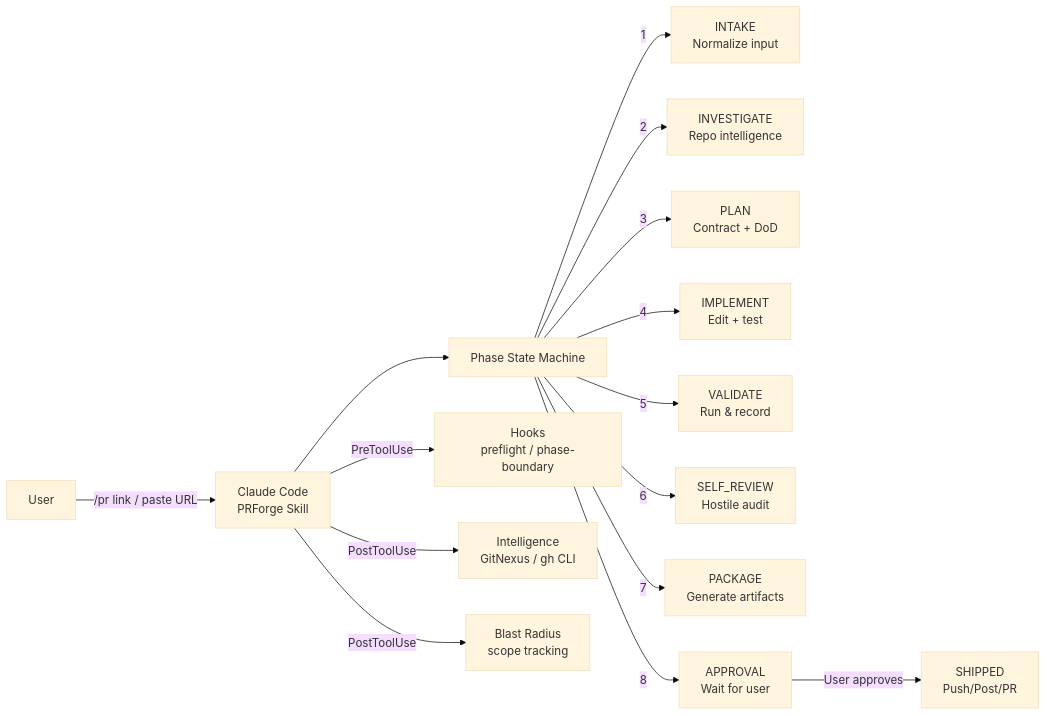
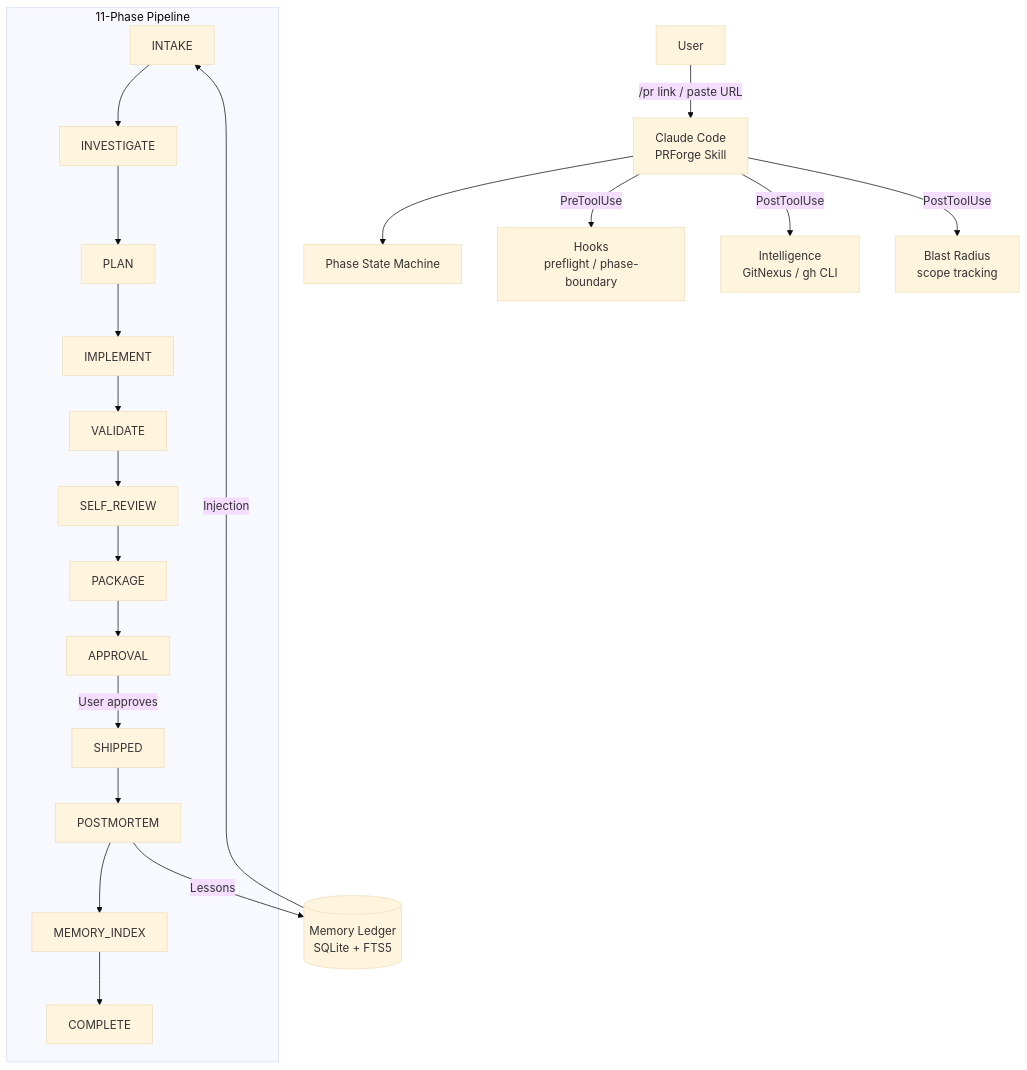
Before and after one commit to B-A-M-N/prforge: the first of 2 diagrams in README.md, drawn with Mermaid (base theme). The commit also changed other lines of this file, not shown here.

````diff
--- a/README.md
+++ b/README.md
@@ -181,17 +50,23 @@
 ```mermaid
-graph LR
+graph TD
     U[User] -->|"/pr link" / paste URL| CC[Claude Code<br/>PRForge Skill]
     CC --> PH[Phase State Machine]
-    PH -->|1| I[INTAKE<br/>Normalize input]
-    PH -->|2| INV[INVESTIGATE<br/>Repo intelligence]
-    PH -->|3| PL[PLAN<br/>Contract + DoD]
-    PH -->|4| IM[IMPLEMENT<br/>Edit + test]
-    PH -->|5| V[VALIDATE<br/>Run & record]
-    PH -->|6| SR[SELF_REVIEW<br/>Hostile audit]
-    PH -->|7| PK[PACKAGE<br/>Generate artifacts]
-    PH -->|8| AP[APPROVAL<br/>Wait for user]
-    AP -->|User approves| S[SHIPPED<br/>Push/Post/PR]
+    subgraph Phases ["11-Phase Pipeline"]
+        I[INTAKE] --> INV[INVESTIGATE]
+        INV --> PL[PLAN]
+        PL --> IM[IMPLEMENT]
+        IM --> V[VALIDATE]
+        V --> SR[SELF_REVIEW]
+        SR --> PK[PACKAGE]
+        PK --> AP[APPROVAL]
+        AP -->|User approves| S[SHIPPED]
+        S --> PM[POSTMORTEM]
+        PM --> MI[MEMORY_INDEX]
+        MI --> C[COMPLETE]
+    end
     CC -->|PreToolUse| HL[Hooks<br/>preflight / phase-boundary]
     CC -->|PostToolUse| IG[Intelligence<br/>GitNexus / gh CLI]
     CC -->|PostToolUse| BR[Blast Radius<br/>scope tracking]
+    PM -->|Lessons| ML[(Memory Ledger<br/>SQLite + FTS5)]
+    ML -->|Injection| I
 ```
````
